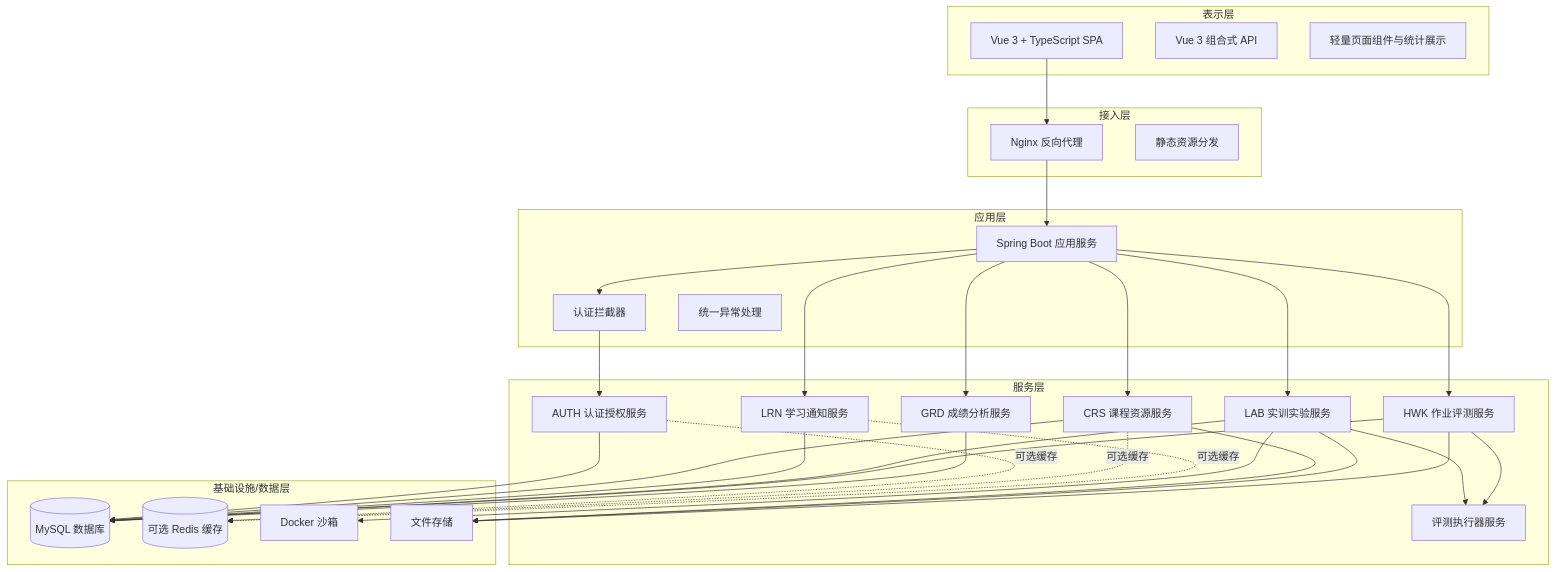
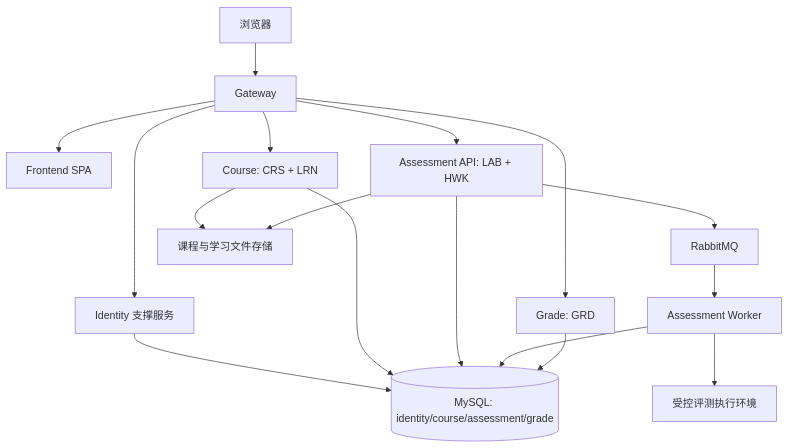
Before and after one commit to Cr4zyorange/OnlineJudge: the first of 33 diagrams in submission/02_docs/editable/final/软件概要设计说明书.md, drawn with Mermaid. The commit also changed other lines of this file, not shown here.

Commit message:
docs(submission): align overview topology

````diff
--- a/submission/02_docs/editable/final/软件概要设计说明书.md
+++ b/submission/02_docs/editable/final/软件概要设计说明书.md
@@ -737,57 +737,19 @@
 ```mermaid
 graph TB
-    subgraph 表示层
-        A[Vue 3 + TypeScript SPA]
-        B[Vue 3 组合式 API]
-        C[轻量页面组件与统计展示]
-    end
-
-    subgraph 接入层
-        D[Nginx 反向代理]
-        E[静态资源分发]
-    end
-
-    subgraph 应用层
-        F[Spring Boot 应用服务]
-        G[认证拦截器]
-        H[统一异常处理]
-    end
-
-    subgraph 服务层
-        I[AUTH 认证授权服务]
-        J[CRS 课程资源服务]
-        K[LRN 学习通知服务]
-        L[LAB 实训实验服务]
-        M[HWK 作业评测服务]
-        N[GRD 成绩分析服务]
-        O[评测执行器服务]
-    end
-
-    subgraph 基础设施/数据层
-        P[(MySQL 数据库)]
-        Q[(可选 Redis 缓存)]
-        R[Docker 沙箱]
-        S[文件存储]
-    end
-
-    A --> D --> F
-    F --> G --> I
-    F --> J
-    F --> K
-    F --> L --> O
-    F --> M --> O
-    F --> N
-    I --> P
-    J --> P
-    K --> P
-    L --> P
-    L --> R
-    M --> P
-    N --> P
-    J --> S
-    L --> S
-    M --> S
-    I -.->|可选缓存| Q
-    J -.->|可选缓存| Q
-    K -.->|可选缓存| Q
+    Browser[浏览器] --> Gateway[Gateway]
+    Gateway --> Frontend[Frontend SPA]
+    Gateway --> Identity[Identity 支撑服务]
+    Gateway --> Course[Course: CRS + LRN]
+    Gateway --> AssessmentApi[Assessment API: LAB + HWK]
+    Gateway --> Grade[Grade: GRD]
+    AssessmentApi --> RabbitMQ[RabbitMQ]
+    RabbitMQ --> AssessmentWorker[Assessment Worker]
+    Identity --> MySQL[(MySQL: identity/course/assessment/grade)]
+    Course --> MySQL
+    AssessmentApi --> MySQL
+    AssessmentWorker --> MySQL
+    Grade --> MySQL
+    AssessmentWorker --> Sandbox[受控评测执行环境]
+    Course --> Storage[课程与学习文件存储]
+    AssessmentApi --> Storage
 ```
````
